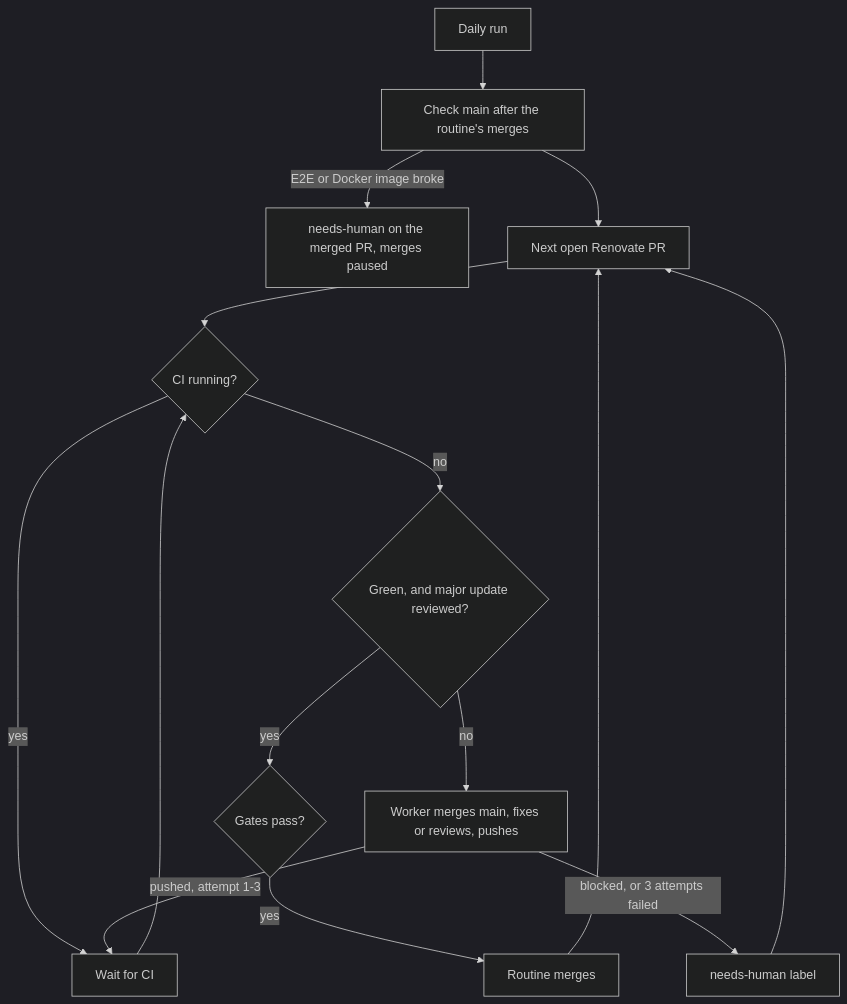
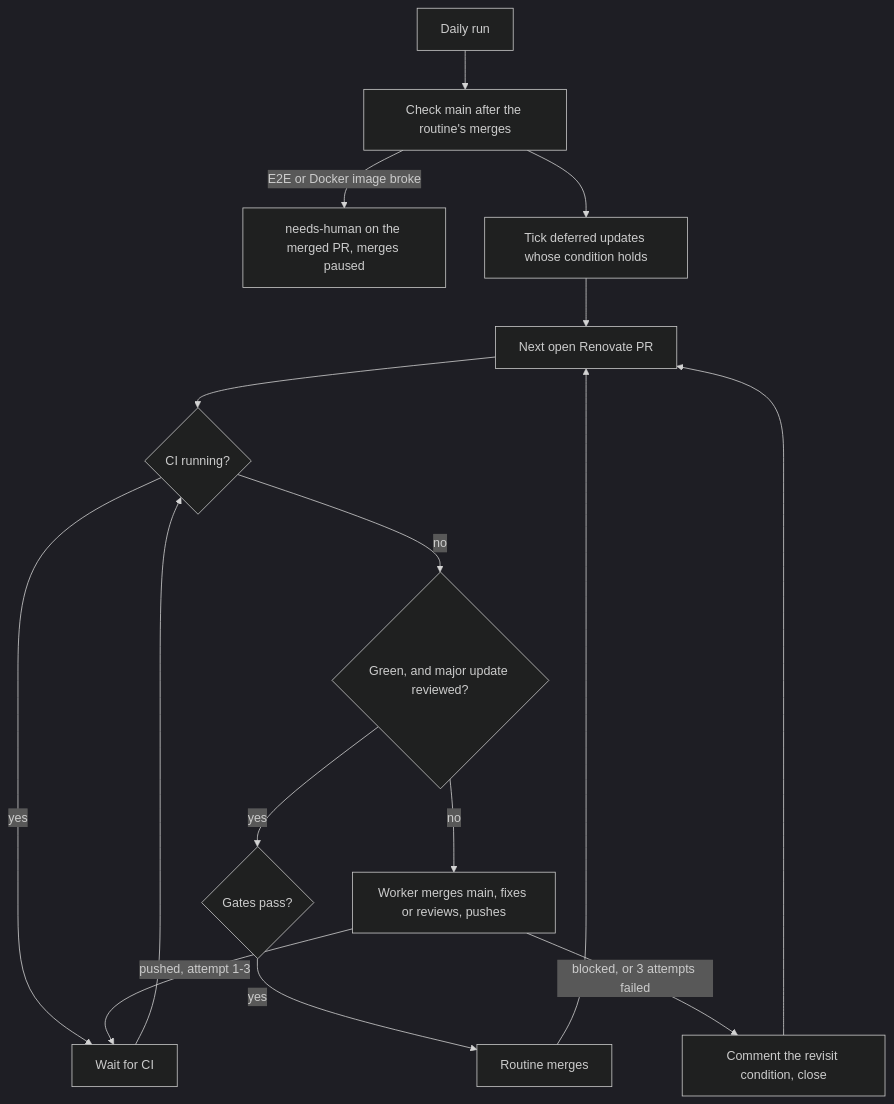
The second of 2 diagrams in docs/how-to/dependency-updates.md (syudead/vv), drawn with Mermaid (dark theme) before and after one commit. The commit also changed other lines of this file and 2 other files, not shown here.

First line of the commit message:
Close blocked Renovate PRs with a revisit condition instead of leaving them as needs-human

````diff
--- a/docs/how-to/dependency-updates.md
+++ b/docs/how-to/dependency-updates.md
@@ -110,17 +112,18 @@
 ```mermaid
 flowchart TD
   start[Daily run] --> watch[Check main after the routine's merges]
   watch -->|E2E or Docker image broke| broken[needs-human on the merged PR, merges paused]
-  watch --> pr[Next open Renovate PR]
+  watch --> reopen[Tick deferred updates whose condition holds]
+  reopen --> pr[Next open Renovate PR]
   pr --> ci{CI running?}
   ci -->|yes| wait[Wait for CI]
   wait --> ci
   ci -->|no| state{Green, and major update reviewed?}
   state -->|yes| gate{Gates pass?}
   gate -->|yes| merge[Routine merges]
   state -->|no| worker[Worker merges main, fixes or reviews, pushes]
   worker -->|pushed, attempt 1-3| wait
-  worker -->|blocked, or 3 attempts failed| human[needs-human label]
+  worker -->|blocked, or 3 attempts failed| defer[Comment the revisit condition, close]
   merge --> pr
-  human --> pr
+  defer --> pr
 ```
````
